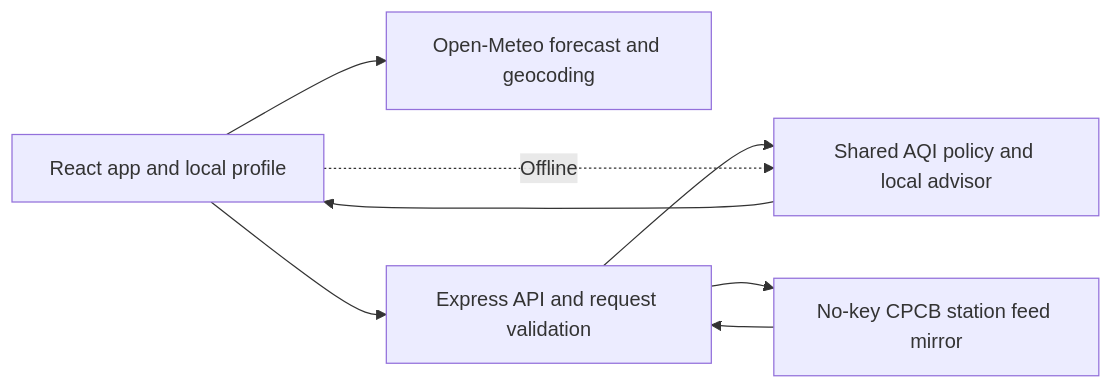
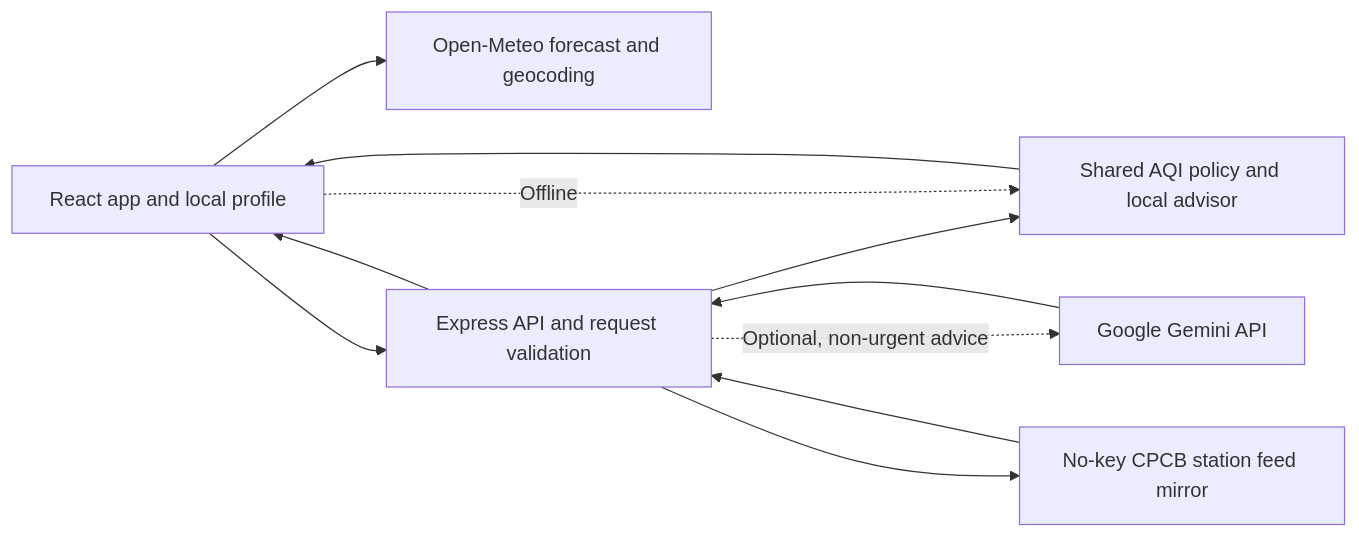
The diagram in README.md (calmcode47/Air-qualtiy-assistant), drawn with Mermaid before and after one commit. The commit also changed other lines of this file and 7 other files, not shown here.

Commit message:
Enable optional Gemini advice mode

````diff
--- a/README.md
+++ b/README.md
@@ -65,10 +65,13 @@
 ```mermaid
 flowchart LR
   Browser["React app and local profile"] --> OpenMeteo["Open-Meteo forecast and geocoding"]
   Browser --> Express["Express API and request validation"]
   Express --> Rules["Shared AQI policy and local advisor"]
+  Express -. Optional, non-urgent advice .-> Gemini["Google Gemini API"]
+  Gemini --> Express
+  Express --> Browser
   Express --> CPCB["No-key CPCB station feed mirror"]
   Rules --> Browser
   CPCB --> Express
   Browser -. Offline .-> Rules
 ```
````
